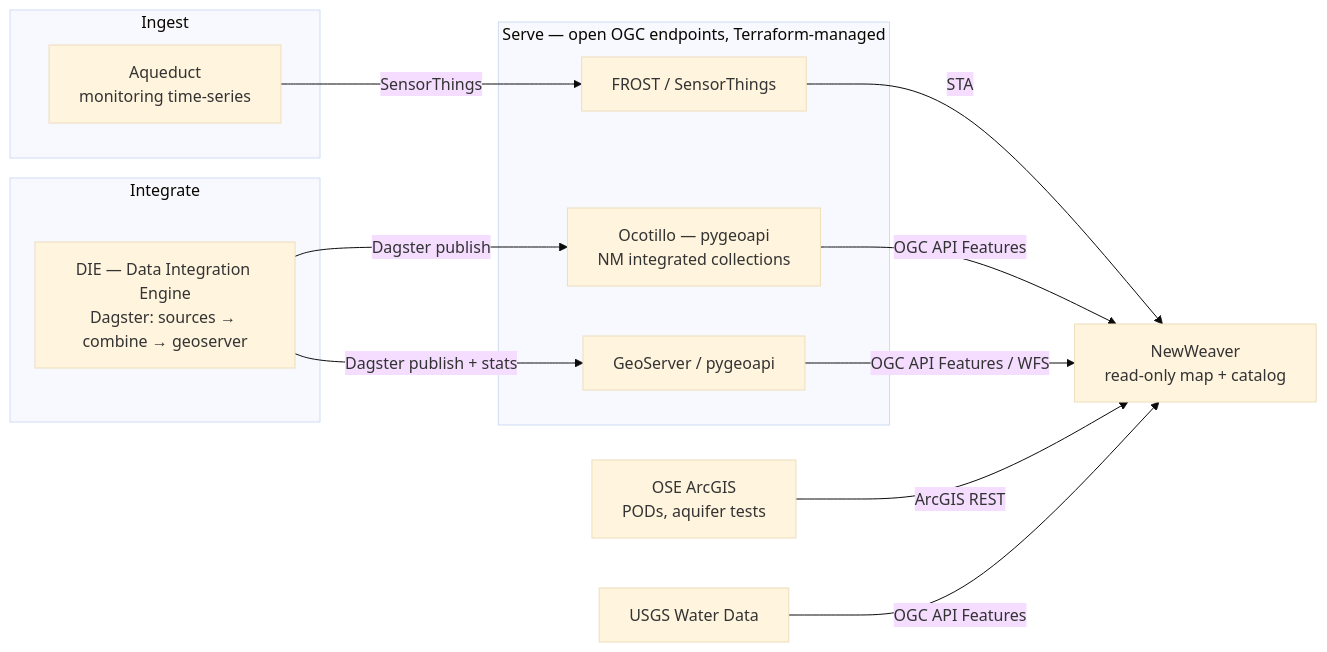
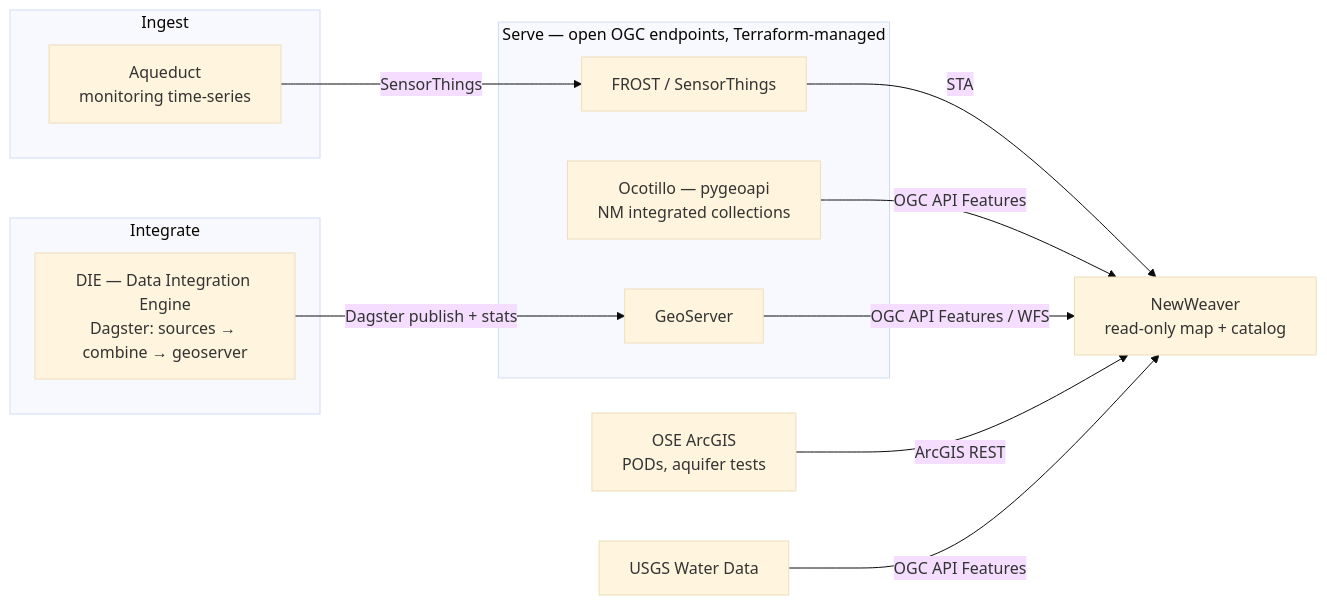
Before and after one commit to DataIntegrationGroup/NewWeaver: the diagram in docs/why-newweaver.md, drawn with Mermaid (base theme). The commit also changed other lines of this file, not shown here.

Commit message:
Fix ecosystem section: DIE publishes to GeoServer only, not Ocotillo

````diff
--- a/docs/why-newweaver.md
+++ b/docs/why-newweaver.md
@@ -57,24 +57,23 @@
 ```mermaid
 flowchart LR
     subgraph ingest[Ingest]
         AQ[Aqueduct<br/>monitoring time-series]
     end
     subgraph integrate[Integrate]
         DIE[DIE — Data Integration Engine<br/>Dagster: sources → combine → geoserver]
     end
     subgraph serve[Serve — open OGC endpoints, Terraform-managed]
         FROST[FROST / SensorThings]
         OCO[Ocotillo — pygeoapi<br/>NM integrated collections]
-        GS[GeoServer / pygeoapi]
+        GS[GeoServer]
     end
     NW[NewWeaver<br/>read-only map + catalog]
 
     AQ -->|SensorThings| FROST
-    DIE -->|Dagster publish| OCO
     DIE -->|Dagster publish + stats| GS
     FROST -->|STA| NW
     OCO -->|OGC API Features| NW
     GS -->|OGC API Features / WFS| NW
     ARC[OSE ArcGIS<br/>PODs, aquifer tests] -->|ArcGIS REST| NW
     USGS[USGS Water Data] -->|OGC API Features| NW
 ```
````
